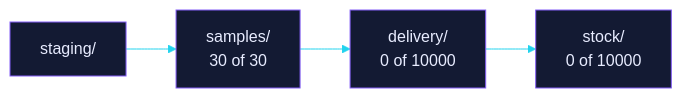
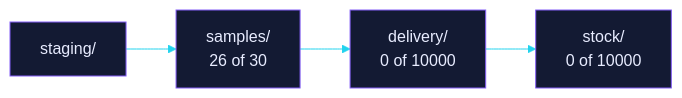
The second of 2 diagrams in README.md (EtharaLabs/mephisto-samples), drawn with Mermaid before and after one commit. The commit also changed other lines of this file, not shown here.

Commit message:
docs(samples): re-render the lane page at 26 of 30 bundles

````diff
--- a/README.md
+++ b/README.md
@@ -202,8 +194,8 @@
 ```mermaid
 %%{init: {"theme":"base","themeVariables":{"primaryColor":"#131a33","primaryTextColor":"#e8ecff","primaryBorderColor":"#845EF7","lineColor":"#22d3ee","fontFamily":"monospace"}}}%%
 flowchart LR
     staging["staging/"]
-    staging --> samples["samples/<br/>30 of 30"]
+    staging --> samples["samples/<br/>26 of 30"]
     samples --> delivery["delivery/<br/>0 of 10000"]
     delivery --> stock["stock/<br/>0 of 10000"]
 ```
````
